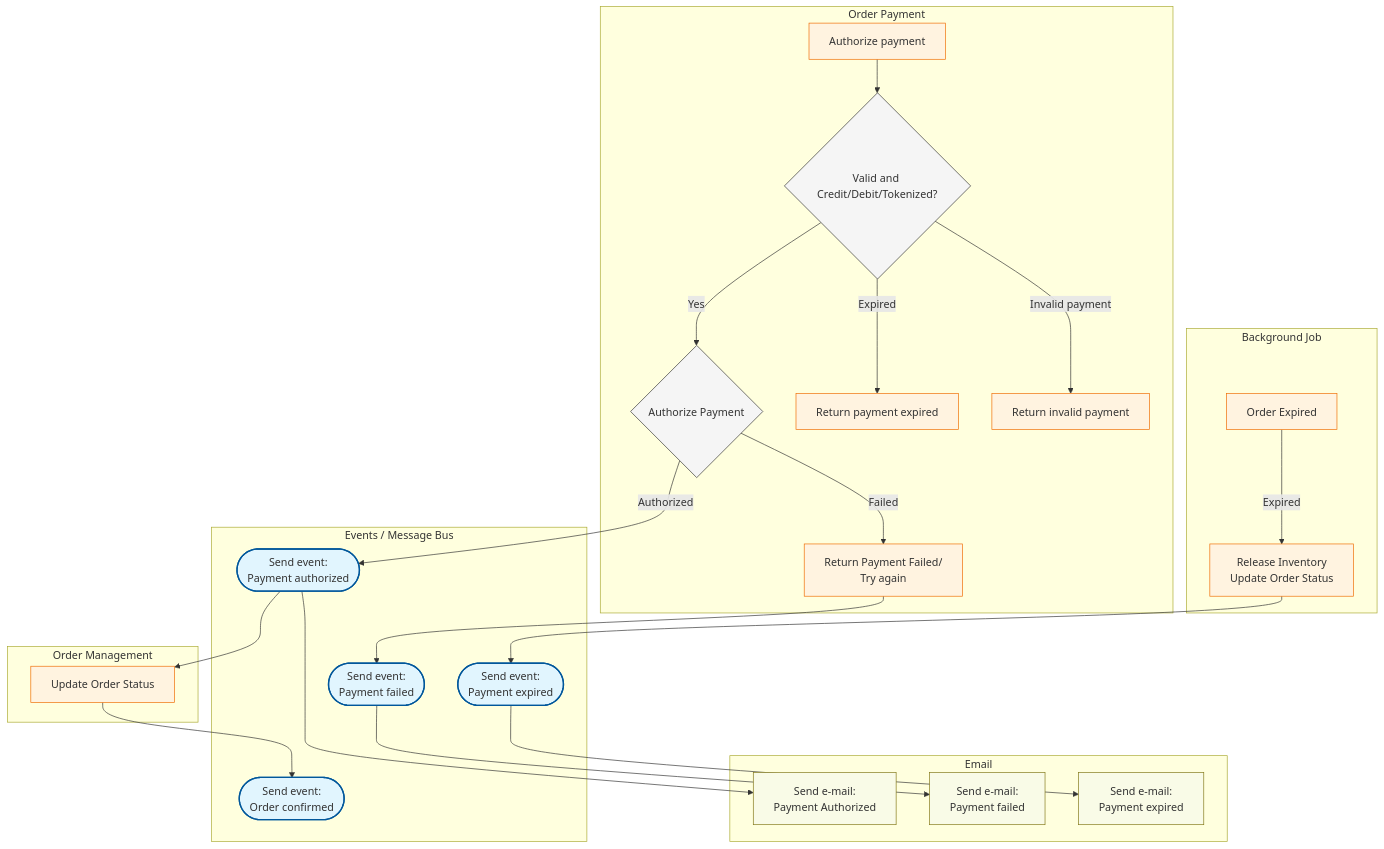
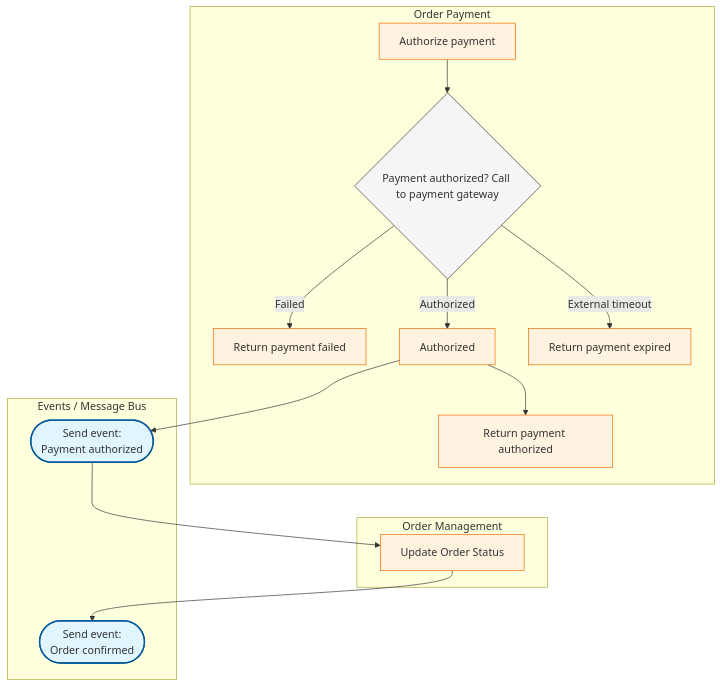
The second of 4 diagrams in README.md (RobertoFreireDev/Order-Management), drawn with Mermaid before and after one commit. The commit also changed other lines of this file, not shown here.

Commit message:
clean up payment

````diff
--- a/README.md
+++ b/README.md
@@ -73,56 +73,36 @@
 ```mermaid
 flowchart TD
     %% Subgraph Styling
     classDef event fill:#e1f5fe,stroke:#01579b,stroke-width:2px;
     classDef logic fill:#f5f5f5,stroke:#333,stroke-width:1px;
     classDef order fill:#fff3e0,stroke:#ef6c00,stroke-width:1px;
     classDef note fill:#f9fbe7,stroke:#827717,stroke-width:1px;
 
     subgraph Order_Payment [Order Payment]
-        A1[Authorize payment] --> B{Valid and Credit/Debit/Tokenized?}
-        B --> |"Yes"| E
-        B --> |"Expired"| C[Return payment expired]
-        B --> |"Invalid payment"| C1[Return invalid payment]
-        E{Authorize Payment}
-        E -->|Failed| G1[Return Payment Failed/<br/>Try again]
+        A1[Authorize payment] --> E{Payment authorized? Call to payment gateway}
+        E -->|Failed| G1[Return payment failed]
+        E -->|Authorized| E1[Authorized]
+        E -->|External timeout| E3[Return payment expired]
+        E1 --> E2[Return payment authorized]
     end
 
     subgraph Order_Creation [Order Management]
         G[Update Order Status]
     end
 
-    subgraph Order_Payment_Background_Job [Background Job]
-        A2[Order Expired] --> |Expired| F[Release Inventory<br/>Update Order Status]
-    end
-
     subgraph Events [Events / Message Bus]
         H([Send event:<br/>Payment authorized])
-        H1([Send event:<br/>Payment failed])
-        H2([Send event:<br/>Payment expired])
         H3([Send event:<br/>Order confirmed])
     end
-
-    subgraph Email [Email]
-        I[Send e-mail: <br/>Payment Authorized]
-        I1[Send e-mail: <br/>Payment failed]
-        I2[Send e-mail: <br/>Payment expired]
-    end
-
-    %% Logic to Events
-    F --> H2
-    G1 --> H1
     
     %% Event Distribution
-    E -->|Authorized| H
-    H --> I
+    E1 --> H
     H --> G
     G --> H3
-    H1 --> I1
-    H2 --> I2
 
     %% Class Assignments
     class H,H1,H2,H3 event;
     class E,B logic;
-    class A1,C,C1,G,G1,A2,F order;
+    class A1,C,C1,E1,E2,E3,G,G1,A2,F order;
     class I,I1,I2 note;
 ```
````
